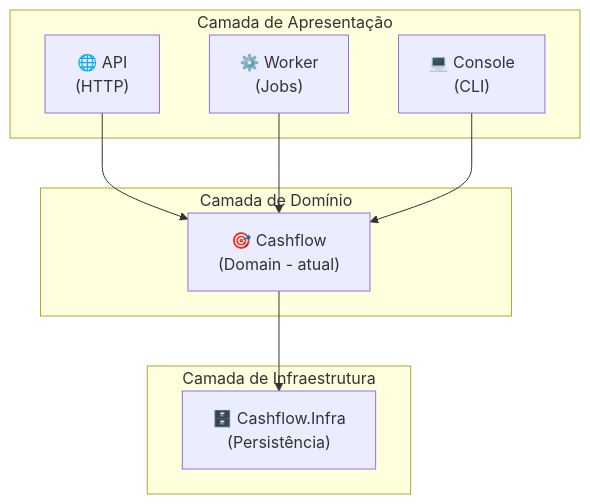
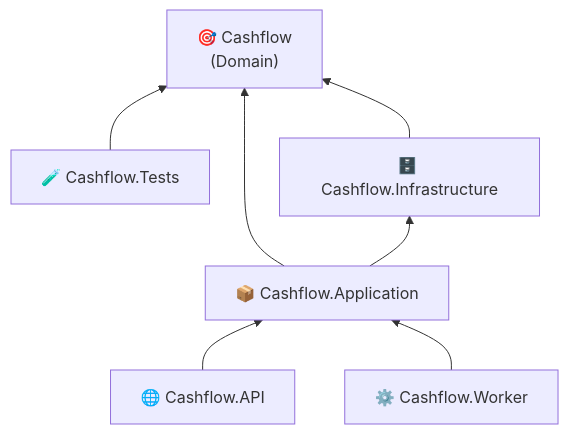
The seventh of 7 diagrams in docs/ARQUITETURA.md (nelson1987/desafio-cashflow), drawn with Mermaid before and after one commit. The commit also changed other lines of this file and 2 other files, not shown here.

````diff
--- a/docs/ARQUITETURA.md
+++ b/docs/ARQUITETURA.md
@@ -218,21 +389,16 @@
 ```mermaid
-flowchart TB
-    subgraph Apresentação["Camada de Apresentação"]
-        API["🌐 API<br/>(HTTP)"]
-        Worker["⚙️ Worker<br/>(Jobs)"]
-        Console["💻 Console<br/>(CLI)"]
-    end
+flowchart BT
+    Tests["🧪 Cashflow.Tests"]
+    API["🌐 Cashflow.API"]
+    Worker["⚙️ Cashflow.Worker"]
+    App["📦 Cashflow.Application"]
+    Infra["🗄️ Cashflow.Infrastructure"]
+    Domain["🎯 Cashflow<br/>(Domain)"]
     
-    subgraph Domínio["Camada de Domínio"]
-        Domain["🎯 Cashflow<br/>(Domain - atual)"]
-    end
-    
-    subgraph Infraestrutura["Camada de Infraestrutura"]
-        Infra["🗄️ Cashflow.Infra<br/>(Persistência)"]
-    end
-    
-    API --> Domain
-    Worker --> Domain
-    Console --> Domain
-    Domain --> Infra
+    Tests --> Domain
+    API --> App
+    Worker --> App
+    App --> Domain
+    App --> Infra
+    Infra --> Domain
 ```
````
